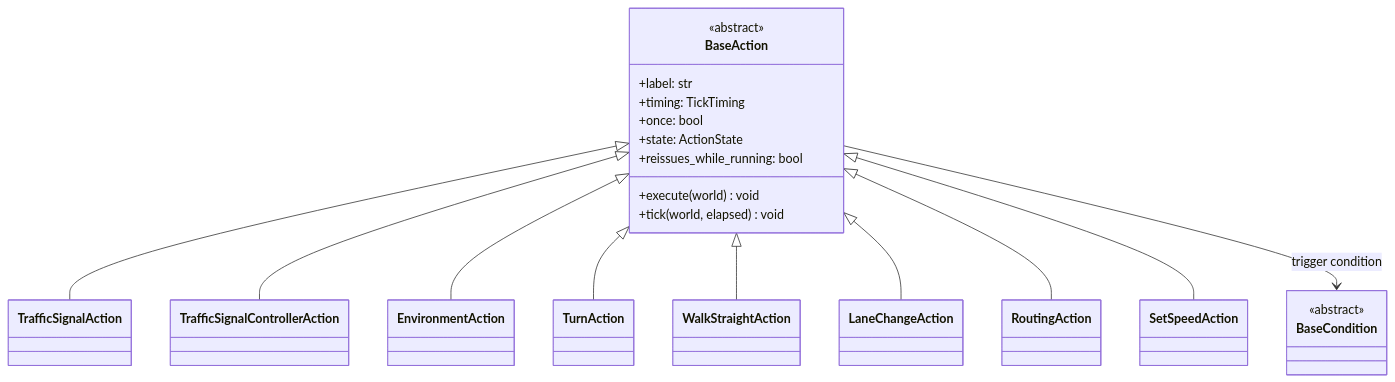
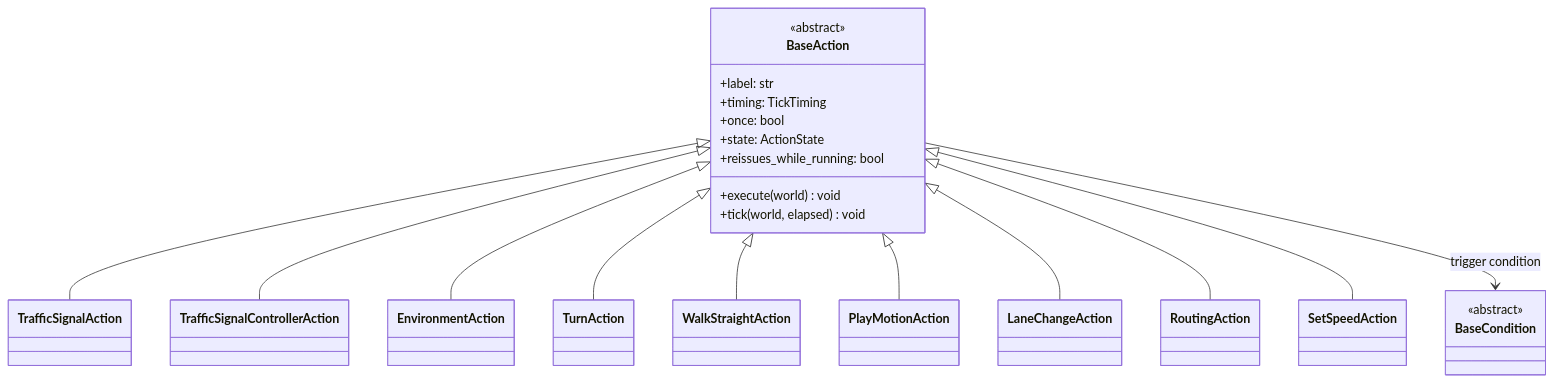
Before and after one commit to autowarefoundation/autoware_carla_scenario: the sixth of 13 diagrams in autoware_carla_scenario/docs/architecture.md, drawn with Mermaid. The commit also changed 12 other files, not shown here.

First line of the commit message:
feat(actions): add PlayMotionAction to play SOMA motions on pedestrians

````diff
--- a/autoware_carla_scenario/docs/architecture.md
+++ b/autoware_carla_scenario/docs/architecture.md
@@ -518,36 +518,38 @@
 ```mermaid
 classDiagram
     class BaseAction {
         <<abstract>>
         +label: str
         +timing: TickTiming
         +once: bool
         +state: ActionState
         +reissues_while_running: bool
         +execute(world) void
         +tick(world, elapsed) void
     }
 
     class BaseCondition {
         <<abstract>>
     }
 
     class TrafficSignalAction
     class TrafficSignalControllerAction
     class EnvironmentAction
     class TurnAction
     class WalkStraightAction
+    class PlayMotionAction
     class LaneChangeAction
     class RoutingAction
     class SetSpeedAction
 
     BaseAction <|-- TrafficSignalAction
     BaseAction <|-- TrafficSignalControllerAction
     BaseAction <|-- EnvironmentAction
     BaseAction <|-- TurnAction
     BaseAction <|-- WalkStraightAction
+    BaseAction <|-- PlayMotionAction
     BaseAction <|-- LaneChangeAction
     BaseAction <|-- RoutingAction
     BaseAction <|-- SetSpeedAction
     BaseAction --> BaseCondition : trigger condition
 ```
````
